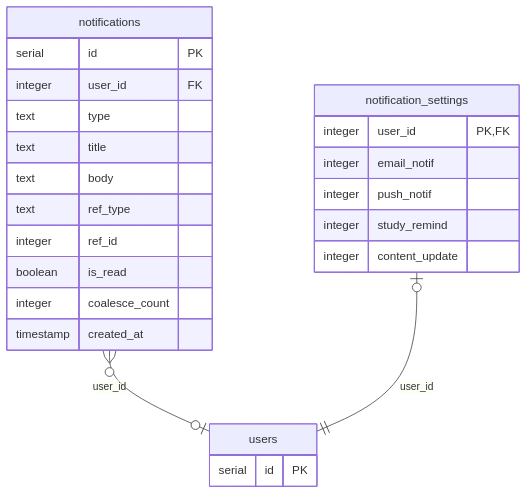
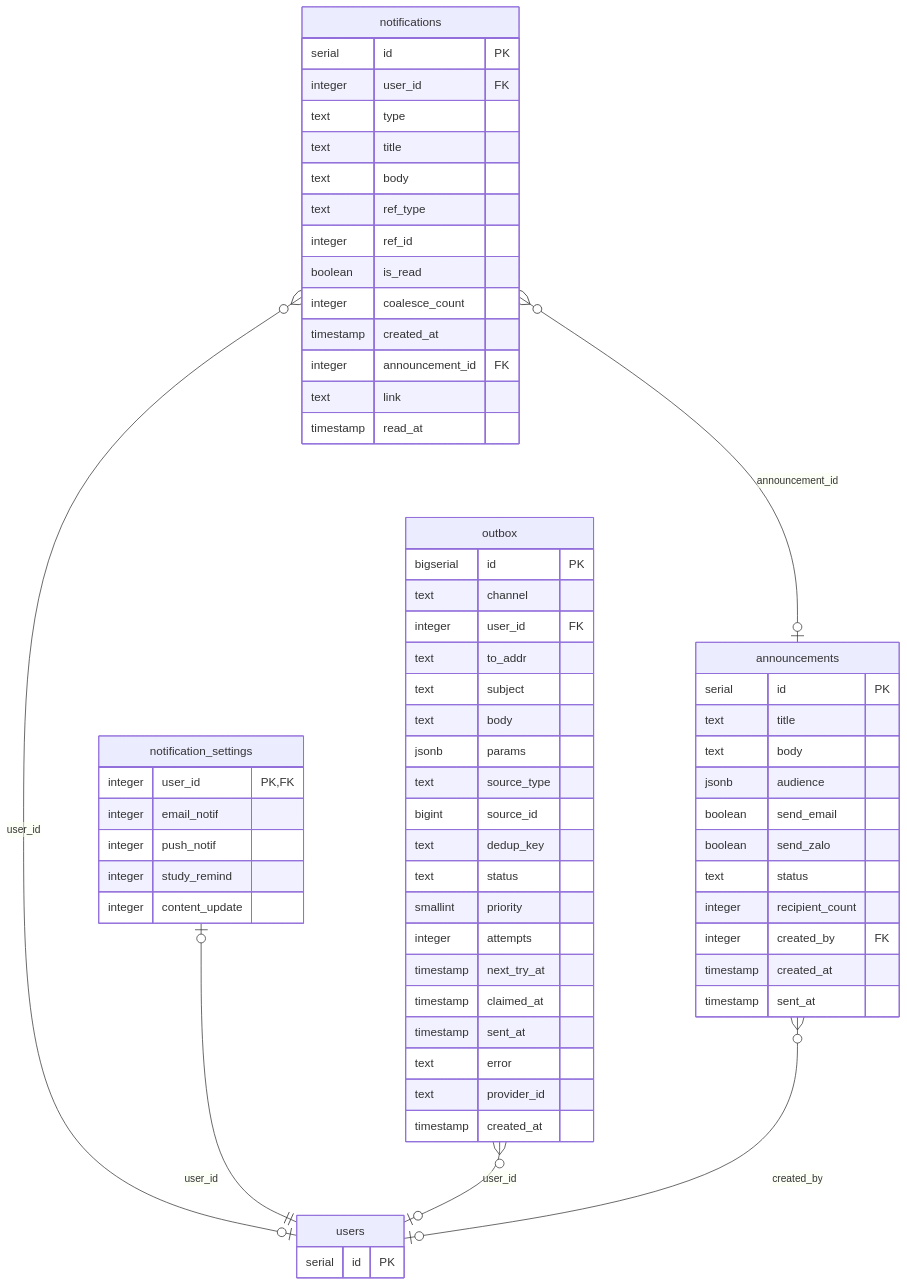
One commit to PCBoiz/PE_hsa changed the seventh of 12 diagrams in docs/CAU_TRUC_DU_LIEU.md. Above: the diagram before and after it, drawn with Mermaid. The commit also changed other lines of this file and 7 other files, not shown here.

````diff
--- a/docs/CAU_TRUC_DU_LIEU.md
+++ b/docs/CAU_TRUC_DU_LIEU.md
@@ -864,27 +864,67 @@
 ```mermaid
 erDiagram
     notifications {
         serial id PK
         integer user_id FK
         text type
         text title
         text body
         text ref_type
         integer ref_id
         boolean is_read
         integer coalesce_count
         timestamp created_at
+        integer announcement_id FK
+        text link
+        timestamp read_at
     }
     notification_settings {
         integer user_id PK,FK
         integer email_notif
         integer push_notif
         integer study_remind
         integer content_update
     }
+    outbox {
+        bigserial id PK
+        text channel
+        integer user_id FK
+        text to_addr
+        text subject
+        text body
+        jsonb params
+        text source_type
+        bigint source_id
+        text dedup_key
+        text status
+        smallint priority
+        integer attempts
+        timestamp next_try_at
+        timestamp claimed_at
+        timestamp sent_at
+        text error
+        text provider_id
+        timestamp created_at
+    }
+    announcements {
+        serial id PK
+        text title
+        text body
+        jsonb audience
+        boolean send_email
+        boolean send_zalo
+        text status
+        integer recipient_count
+        integer created_by FK
+        timestamp created_at
+        timestamp sent_at
+    }
     users {
         serial id PK
     }
     notifications }o--o| users : "user_id"
+    notifications }o--o| announcements : "announcement_id"
     notification_settings |o--|| users : "user_id"
+    outbox }o--o| users : "user_id"
+    announcements }o--o| users : "created_by"
 ```
````
